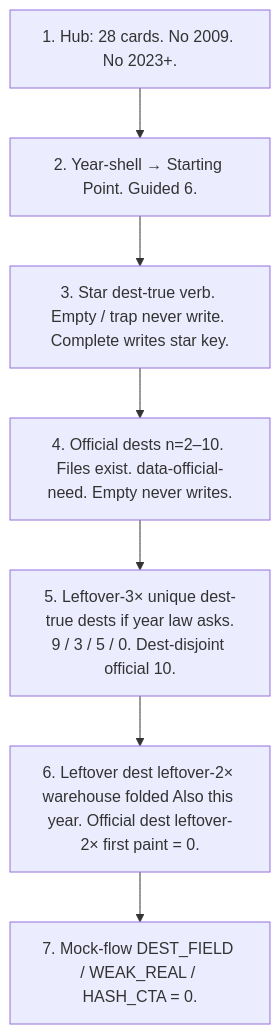
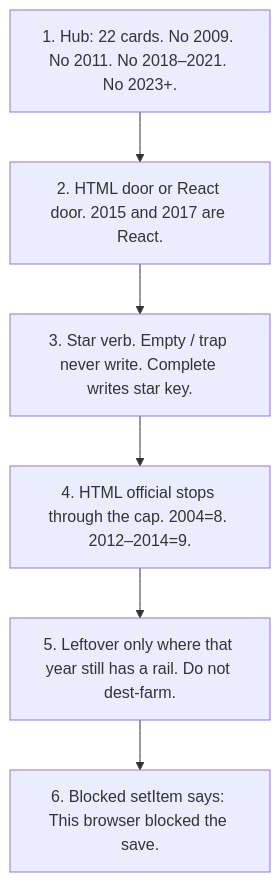
Before and after one commit to sourabhligade/internet-through-time: the fourth of 5 diagrams in docs/FLOW-CHECK-DIAGRAM.md, drawn with Mermaid. The commit also changed other lines of this file and 108 other files, not shown here.

First line of the commit message:
Make blocked saves honest and point the 22-year doors at real rooms.

````diff
--- a/docs/FLOW-CHECK-DIAGRAM.md
+++ b/docs/FLOW-CHECK-DIAGRAM.md
@@ -102,9 +91,8 @@
 ```mermaid
 flowchart TD
-  A["1. Hub: 28 cards. No 2009. No 2023+."] --> B["2. Year-shell → Starting Point. Guided 6."]
-  B --> C["3. Star dest-true verb. Empty / trap never write. Complete writes star key."]
-  C --> D["4. Official dests n=2–10. Files exist. data-official-need. Empty never writes."]
-  D --> E["5. Leftover-3× unique dest-true dests if year law asks.<br/>9 / 3 / 5 / 0. Dest-disjoint official 10."]
-  E --> F["6. Leftover dest leftover-2× warehouse folded Also this year. Official dest leftover-2× first paint = 0."]
-  F --> G["7. Mock-flow DEST_FIELD / WEAK_REAL / HASH_CTA = 0."]
+  A["1. Hub: 22 cards. No 2009. No 2011. No 2018–2021. No 2023+."] --> B["2. HTML door or React door. 2015 and 2017 are React."]
+  B --> C["3. Star verb. Empty / trap never write. Complete writes star key."]
+  C --> D["4. HTML official stops through the cap. 2004=8. 2012–2014=9."]
+  D --> E["5. Leftover only where that year still has a rail. Do not dest-farm."]
+  E --> F["6. Blocked setItem says: This browser blocked the save."]
 ```
````
